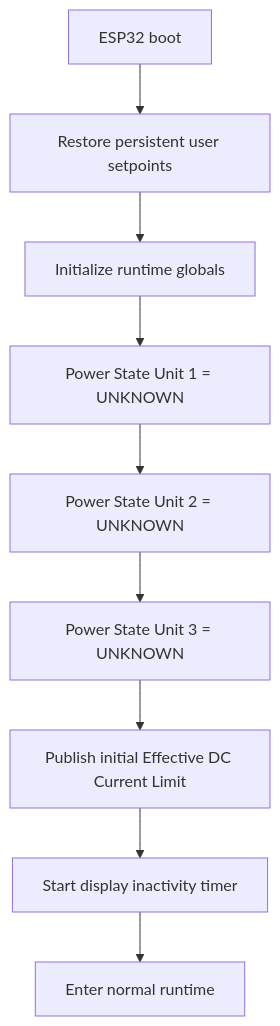
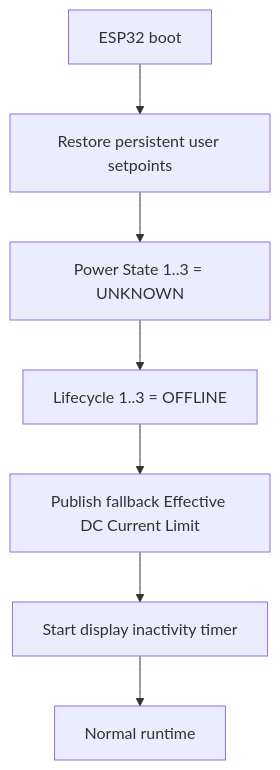
Before and after one commit to anwa/esphome-r4875g1-3phase-charger: the third of 26 diagrams in R4875G1_CONTROL_FLOWS.md, drawn with Mermaid. The commit also changed other lines of this file and 1 other file, not shown here.

First line of the commit message:
Synchronize CAN lifecycle and recovery documentation

````diff
--- a/R4875G1_CONTROL_FLOWS.md
+++ b/R4875G1_CONTROL_FLOWS.md
@@ -68,11 +99,9 @@
 ```mermaid
 flowchart TD
     A[ESP32 boot] --> B[Restore persistent user setpoints]
-    B --> C[Initialize runtime globals]
-    C --> D[Power State Unit 1 = UNKNOWN]
-    D --> E[Power State Unit 2 = UNKNOWN]
-    E --> F[Power State Unit 3 = UNKNOWN]
-    F --> G[Publish initial Effective DC Current Limit]
-    G --> H[Start display inactivity timer]
-    H --> I[Enter normal runtime]
+    B --> C[Power State 1..3 = UNKNOWN]
+    C --> D[Lifecycle 1..3 = OFFLINE]
+    D --> E[Publish fallback Effective DC Current Limit]
+    E --> F[Start display inactivity timer]
+    F --> G[Normal runtime]
 ```
````
